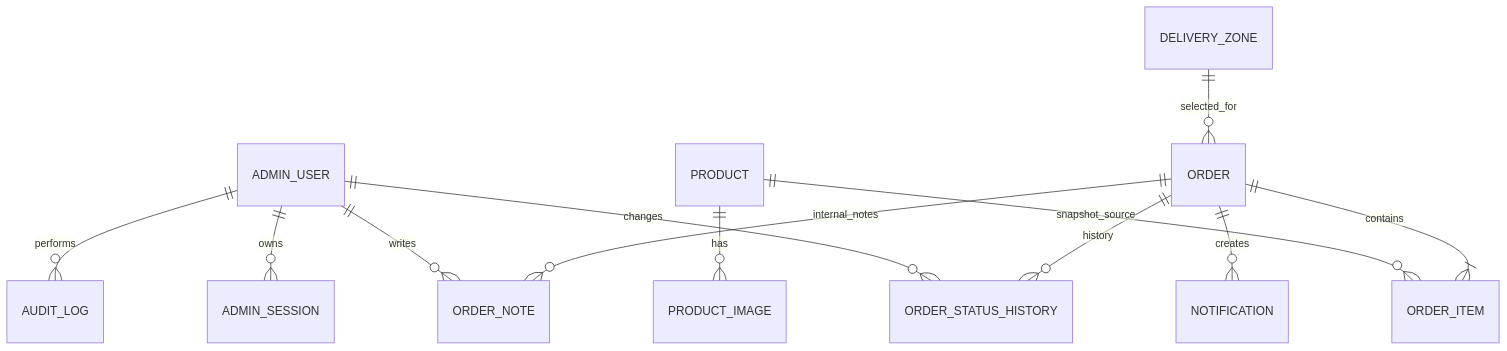
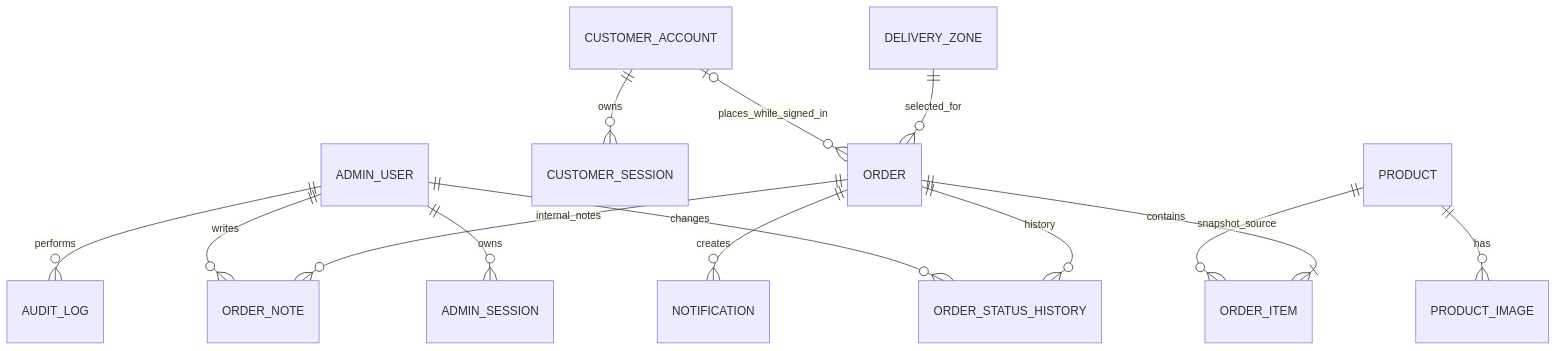
One commit to Almo3tasem200/olive-oil-engs changed the second of 3 diagrams in PHASE-2-UX-ARCHITECTURE.md. Above: the diagram before and after it, drawn with Mermaid. The commit also changed other lines of this file and 35 other files, not shown here.

```diff
--- a/PHASE-2-UX-ARCHITECTURE.md
+++ b/PHASE-2-UX-ARCHITECTURE.md
@@ -160,14 +166,16 @@
 ~~~mermaid
 erDiagram
   ADMIN_USER ||--o{ ADMIN_SESSION : owns
+  CUSTOMER_ACCOUNT ||--o{ CUSTOMER_SESSION : owns
+  CUSTOMER_ACCOUNT o|--o{ ORDER : places_while_signed_in
   ADMIN_USER ||--o{ ORDER_STATUS_HISTORY : changes
   ADMIN_USER ||--o{ ORDER_NOTE : writes
   ADMIN_USER ||--o{ AUDIT_LOG : performs
   PRODUCT ||--o{ PRODUCT_IMAGE : has
   PRODUCT ||--o{ ORDER_ITEM : snapshot_source
   DELIVERY_ZONE ||--o{ ORDER : selected_for
   ORDER ||--|{ ORDER_ITEM : contains
   ORDER ||--o{ ORDER_STATUS_HISTORY : history
   ORDER ||--o{ ORDER_NOTE : internal_notes
   ORDER ||--o{ NOTIFICATION : creates
 ~~~
```
